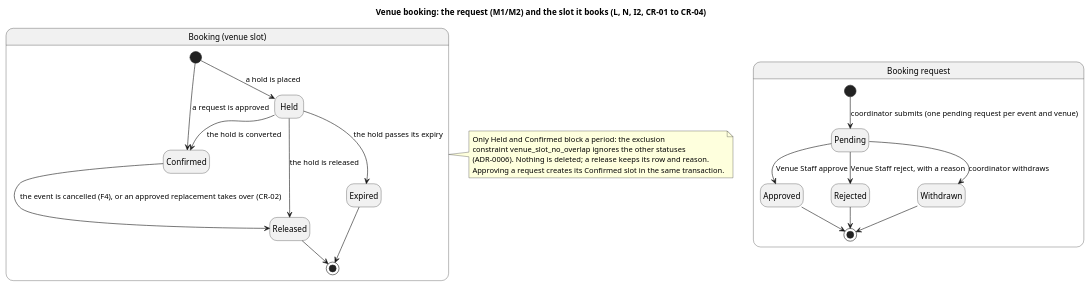
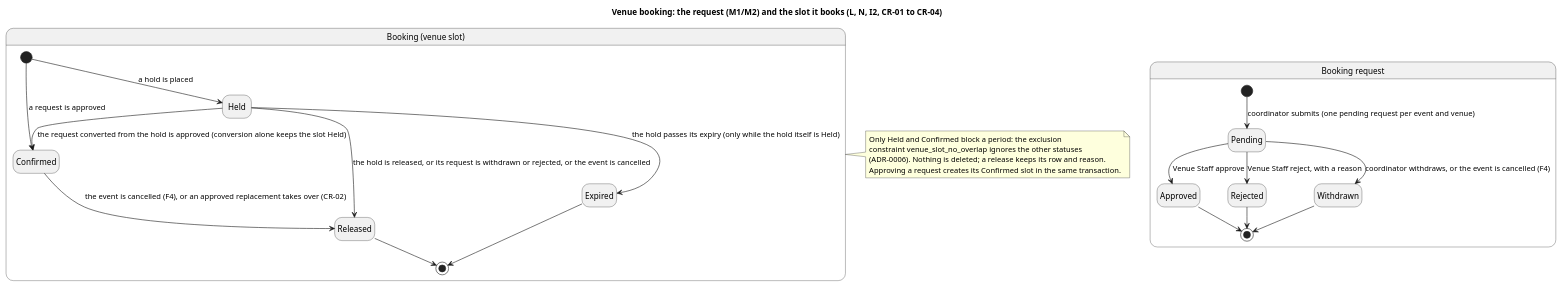
One commit to raphaelkwek/event-planning-and-venue-booking-system changed the diagram in documentation/architecture/domain/booking-states.puml. Above: the diagram before and after it, drawn with PlantUML. The commit also changed 4 other files, not shown here.

First line of the commit message:
docs(security): rewrite the threat model for the containers now built, fix state diagrams

```diff
--- a/documentation/architecture/domain/booking-states.puml
+++ b/documentation/architecture/domain/booking-states.puml
@@ -1,44 +1,44 @@
 @startuml booking-states
 title Venue booking: the request (M1/M2) and the slot it books (L, N, I2, CR-01 to CR-04)
 ' Hand-written from modules/venue/repo/bookingRequests.ts, bookingDecisions.ts, holds.ts, holdExpiry.ts and eventRelease.ts;
 ' the status lists are in backend/packages/contracts/src/venueBooking.ts and venueSlots.ts.
 hide empty description
 skinparam shadowing false
 
 state "Booking request" as request {
   state "Pending" as PENDING
   state "Approved" as APPROVED
   state "Rejected" as REJECTED
   state "Withdrawn" as WITHDRAWN
   [*] --> PENDING : coordinator submits (one pending request per event and venue)
   PENDING --> APPROVED : Venue Staff approve
   PENDING --> REJECTED : Venue Staff reject, with a reason
-  PENDING --> WITHDRAWN : coordinator withdraws
+  PENDING --> WITHDRAWN : coordinator withdraws, or the event is cancelled (F4)
   APPROVED --> [*]
   REJECTED --> [*]
   WITHDRAWN --> [*]
 }
 
 state "Booking (venue slot)" as slot {
   state "Held" as HELD
   state "Confirmed" as CONFIRMED
   state "Released" as RELEASED
   state "Expired" as EXPIRED
   [*] --> HELD : a hold is placed
   [*] --> CONFIRMED : a request is approved
-  HELD --> CONFIRMED : the hold is converted
-  HELD --> RELEASED : the hold is released
-  HELD --> EXPIRED : the hold passes its expiry
+  HELD --> CONFIRMED : the request converted from the hold is approved (conversion alone keeps the slot Held)
+  HELD --> RELEASED : the hold is released, or its request is withdrawn or rejected, or the event is cancelled
+  HELD --> EXPIRED : the hold passes its expiry (only while the hold itself is Held)
   CONFIRMED --> RELEASED : the event is cancelled (F4), or an approved replacement takes over (CR-02)
   RELEASED --> [*]
   EXPIRED --> [*]
 }
 
 note right of slot
   Only Held and Confirmed block a period: the exclusion
   constraint venue_slot_no_overlap ignores the other statuses
   (ADR-0006). Nothing is deleted; a release keeps its row and reason.
   Approving a request creates its Confirmed slot in the same transaction.
 end note
 
 @enduml
```
